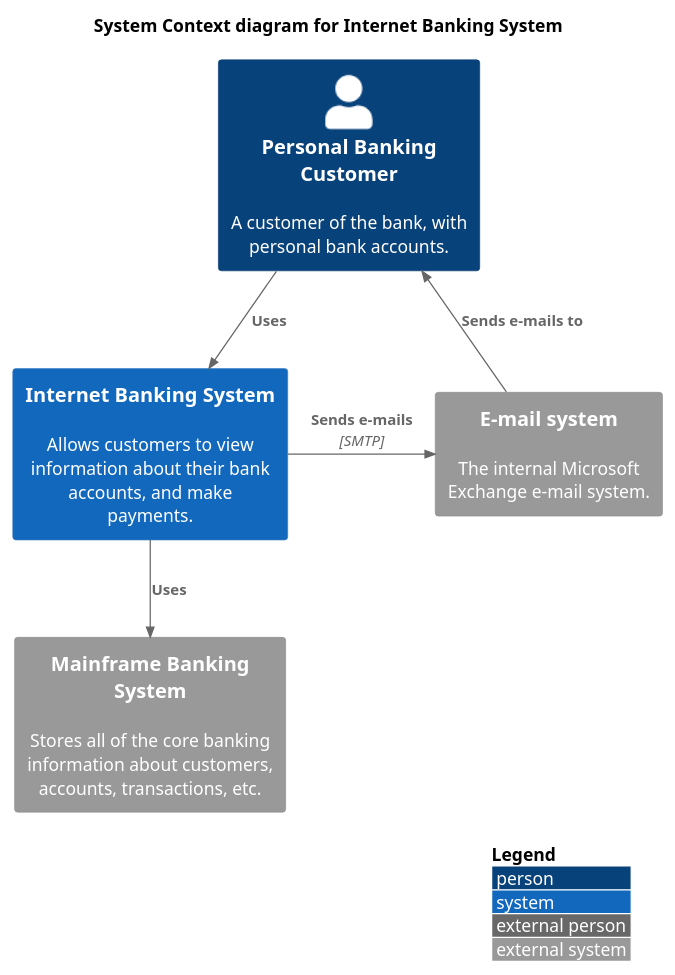
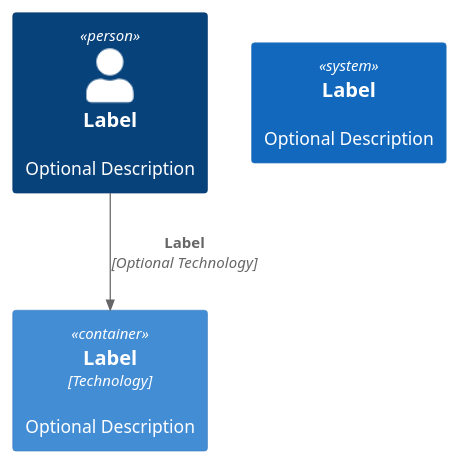
Before and after one commit to confluence-publisher/confluence-publisher: the second of 2 diagrams in asciidoc-confluence-publisher-doc/etc/docs/00-index/10-plantuml.adoc, drawn with PlantUML. The commit also changed other lines of this file, not shown here.

Commit message:
Simplified the C4-PlantUML example diagram.

```diff
--- a/asciidoc-confluence-publisher-doc/etc/docs/00-index/10-plantuml.adoc
+++ b/asciidoc-confluence-publisher-doc/etc/docs/00-index/10-plantuml.adoc
@@ -76,21 +65,10 @@
 [plantuml, c4-diagram, svg]
 ....
-!include https://raw.githubusercontent.com/plantuml-stdlib/C4-PlantUML/master/C4_Context.puml
-' uncomment the following line and comment the first to use locally
-' !include C4_Context.puml
+!include https://raw.githubusercontent.com/plantuml-stdlib/C4-PlantUML/master/C4_Container.puml
 
-LAYOUT_WITH_LEGEND()
+Person(personAlias, "Label", "Optional Description")
+Container(containerAlias, "Label", "Technology", "Optional Description")
+System(systemAlias, "Label", "Optional Description")
 
-title System Context diagram for Internet Banking System
-
-Person(customer, "Personal Banking Customer", "A customer of the bank, with personal bank accounts.")
-System(banking_system, "Internet Banking System", "Allows customers to view information about their bank accounts, and make payments.")
-
-System_Ext(mail_system, "E-mail system", "The internal Microsoft Exchange e-mail system.")
-System_Ext(mainframe, "Mainframe Banking System", "Stores all of the core banking information about customers, accounts, transactions, etc.")
-
-Rel(customer, banking_system, "Uses")
-Rel_Back(customer, mail_system, "Sends e-mails to")
-Rel_Neighbor(banking_system, mail_system, "Sends e-mails", "SMTP")
-Rel(banking_system, mainframe, "Uses")
+Rel(personAlias, containerAlias, "Label", "Optional Technology")
 ....
```
